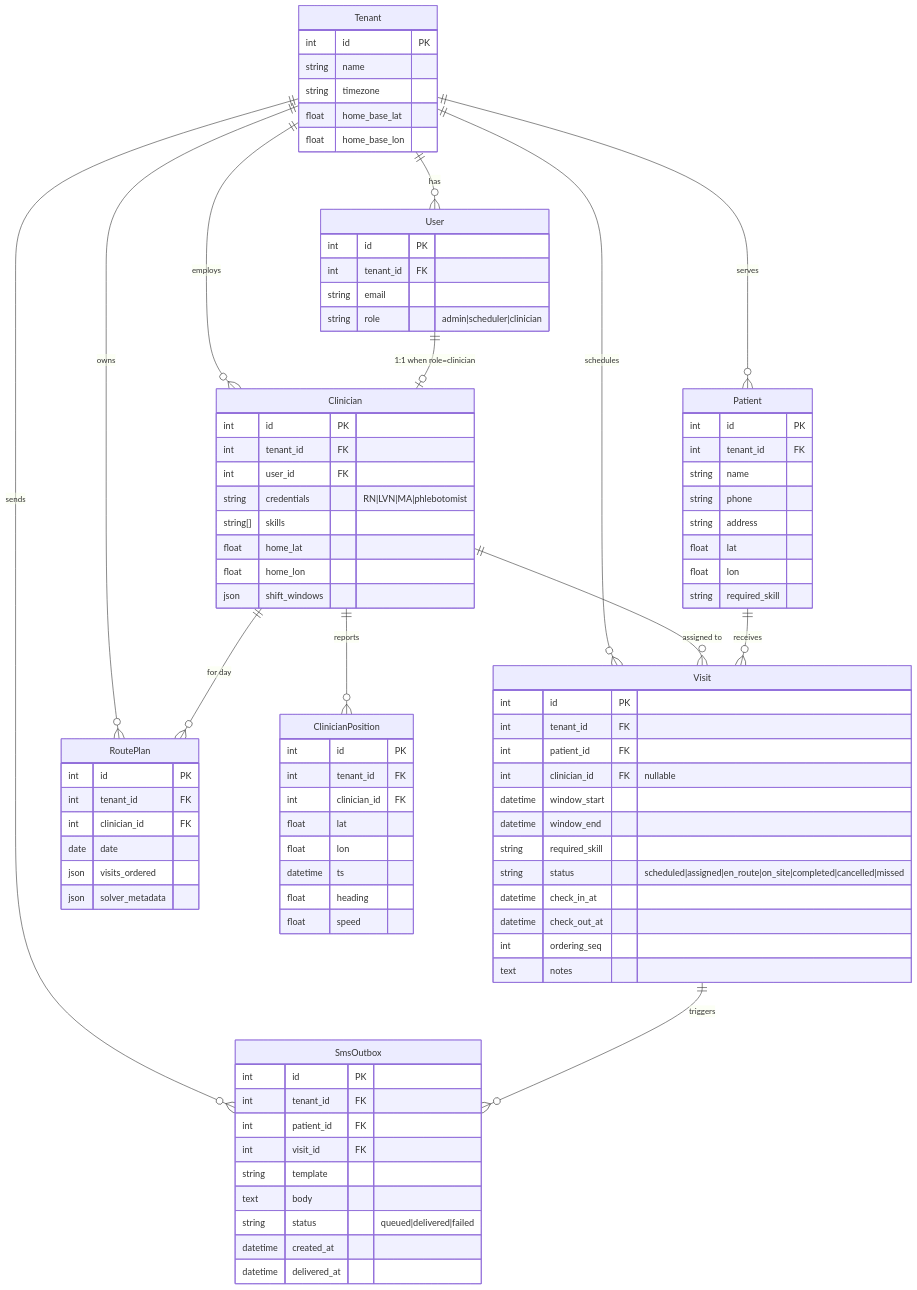
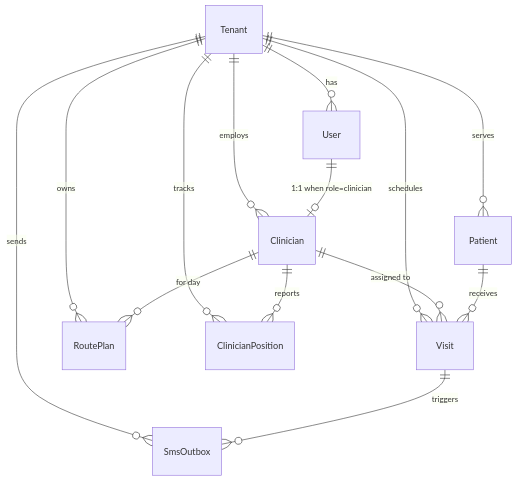
The fourth of 10 diagrams in docs/architecture.md (waggertron/home-health-provider-skeleton), drawn with Mermaid before and after one commit. The commit also changed other lines of this file, not shown here.

First line of the commit message:
docs(architecture): expand to extensive v1 reference

````diff
--- a/docs/architecture.md
+++ b/docs/architecture.md
@@ -301,88 +427,12 @@
     Tenant ||--o{ Visit : "schedules"
     Tenant ||--o{ RoutePlan : "owns"
     Tenant ||--o{ SmsOutbox : "sends"
+    Tenant ||--o{ ClinicianPosition : "tracks"
 
     User ||--o| Clinician : "1:1 when role=clinician"
     Clinician ||--o{ Visit : "assigned to"
-    Patient ||--o{ Visit : "receives"
+    Patient  ||--o{ Visit : "receives"
     Clinician ||--o{ RoutePlan : "for day"
     Clinician ||--o{ ClinicianPosition : "reports"
-    Visit ||--o{ SmsOutbox : "triggers"
-
-    Tenant {
-        int id PK
-        string name
-        string timezone
-        float home_base_lat
-        float home_base_lon
-    }
-    User {
-        int id PK
-        int tenant_id FK
-        string email
-        string role "admin|scheduler|clinician"
-    }
-    Clinician {
-        int id PK
-        int tenant_id FK
-        int user_id FK
-        string credentials "RN|LVN|MA|phlebotomist"
-        string[] skills
-        float home_lat
-        float home_lon
-        json shift_windows
-    }
-    Patient {
-        int id PK
-        int tenant_id FK
-        string name
-        string phone
-        string address
-        float lat
-        float lon
-        string required_skill
-    }
-    Visit {
-        int id PK
-        int tenant_id FK
-        int patient_id FK
-        int clinician_id FK "nullable"
-        datetime window_start
-        datetime window_end
-        string required_skill
-        string status "scheduled|assigned|en_route|on_site|completed|cancelled|missed"
-        datetime check_in_at
-        datetime check_out_at
-        int ordering_seq
-        text notes
-    }
-    RoutePlan {
-        int id PK
-        int tenant_id FK
-        int clinician_id FK
-        date date
-        json visits_ordered
-        json solver_metadata
-    }
-    ClinicianPosition {
-        int id PK
-        int tenant_id FK
-        int clinician_id FK
-        float lat
-        float lon
-        datetime ts
-        float heading
-        float speed
-    }
-    SmsOutbox {
-        int id PK
-        int tenant_id FK
-        int patient_id FK
-        int visit_id FK
-        string template
-        text body
-        string status "queued|delivered|failed"
-        datetime created_at
-        datetime delivered_at
-    }
+    Visit    ||--o{ SmsOutbox : "triggers"
 ```
````
